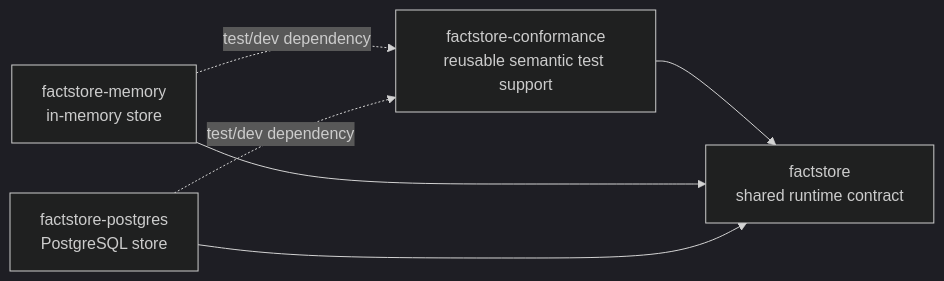
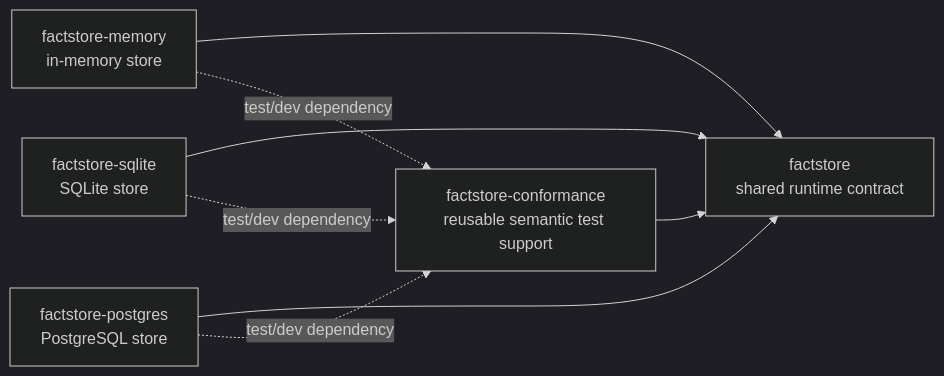
Before and after one commit to ricofritzsche/factstore: the first of 3 diagrams in README.md, drawn with Mermaid (dark theme). The commit also changed other lines of this file and 55 other files, not shown here.

````diff
--- a/README.md
+++ b/README.md
@@ -25,13 +25,16 @@
 ```mermaid
 flowchart LR
     factstore["factstore<br/>shared runtime contract"]
     conformance["factstore-conformance<br/>reusable semantic test support"]
     memory["factstore-memory<br/>in-memory store"]
+    sqlite["factstore-sqlite<br/>SQLite store"]
     postgres["factstore-postgres<br/>PostgreSQL store"]
 
     conformance --> factstore
     memory --> factstore
+    sqlite --> factstore
     postgres --> factstore
     memory -. test/dev dependency .-> conformance
+    sqlite -. test/dev dependency .-> conformance
     postgres -. test/dev dependency .-> conformance
 ```
````
